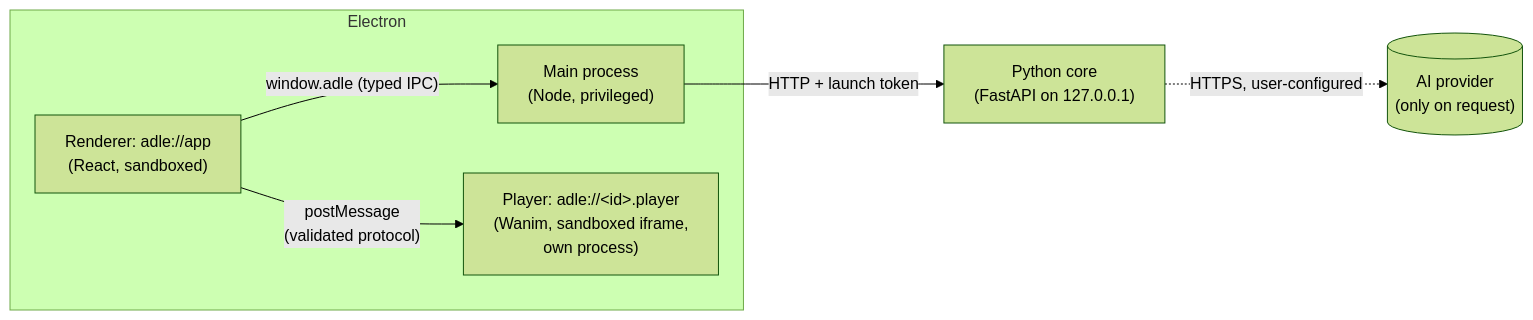
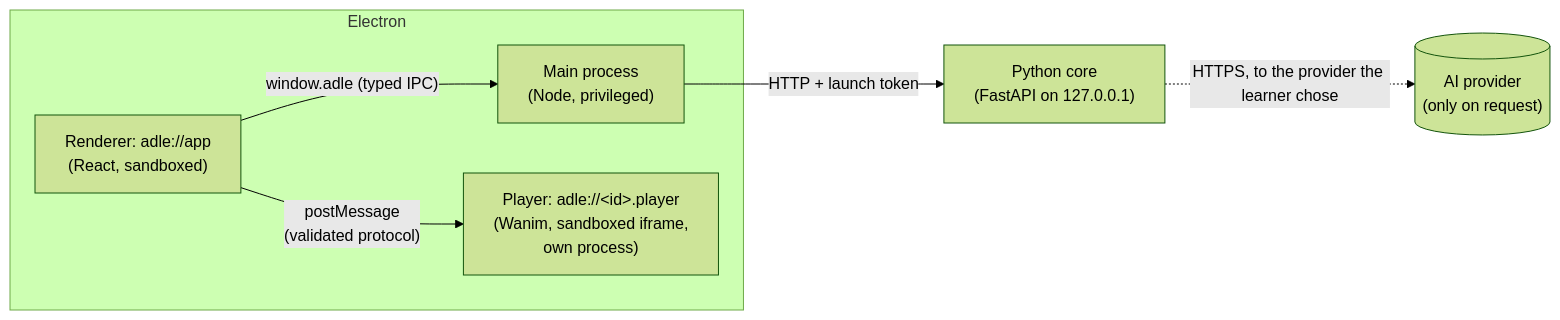
The first of 8 diagrams in docs/architecture/overview.md (XelXen/Adle), drawn with Mermaid (forest theme) before and after one commit. The commit also changed other lines of this file and 58 other files, not shown here.

````diff
--- a/docs/architecture/overview.md
+++ b/docs/architecture/overview.md
@@ -9,15 +9,15 @@
 ```mermaid
 flowchart LR
   subgraph Electron
     Main["Main process<br/>(Node, privileged)"]
     Renderer["Renderer: adle://app<br/>(React, sandboxed)"]
     Player["Player: adle://&lt;id&gt;.player<br/>(Wanim, sandboxed iframe,<br/>own process)"]
   end
   Core["Python core<br/>(FastAPI on 127.0.0.1)"]
   Provider[("AI provider<br/>(only on request)")]
 
   Renderer -- "window.adle (typed IPC)" --> Main
   Main -- "HTTP + launch token" --> Core
   Renderer -- "postMessage<br/>(validated protocol)" --> Player
-  Core -. "HTTPS, user-configured" .-> Provider
+  Core -. "HTTPS, to the provider the learner chose" .-> Provider
 ```
````
